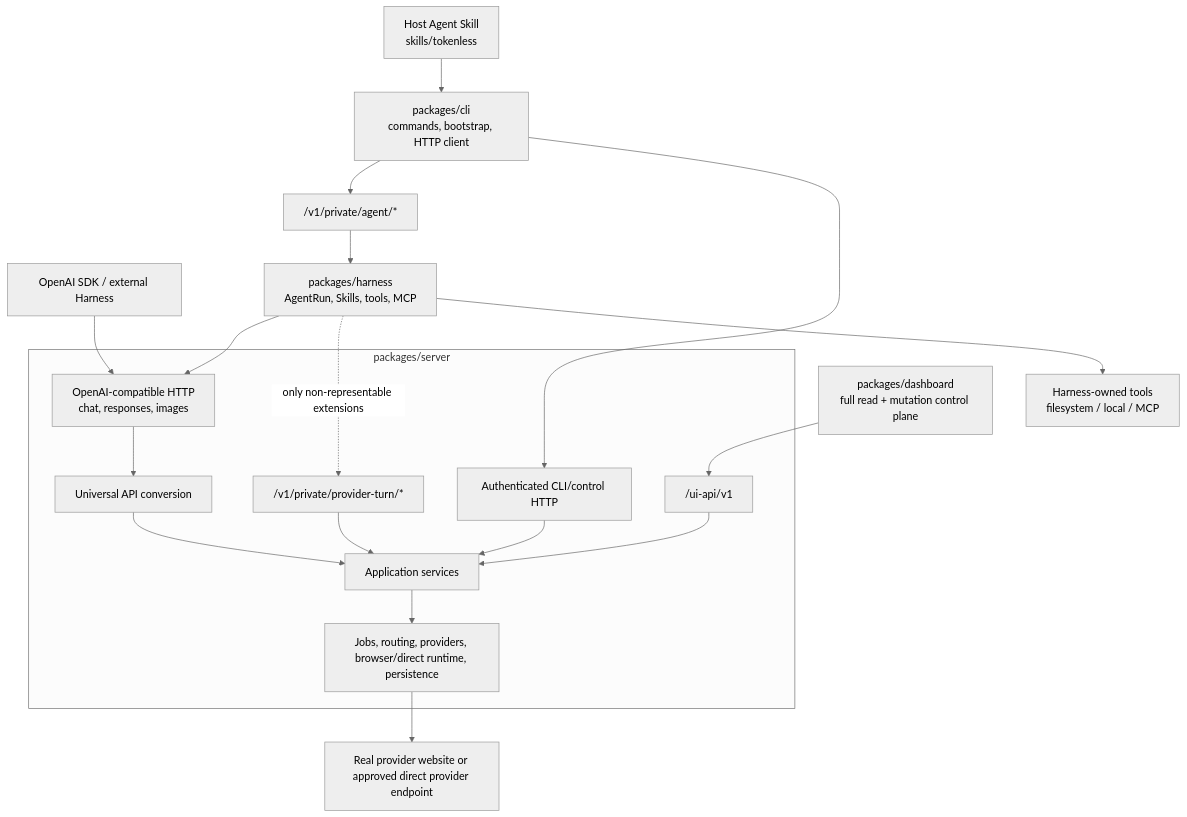
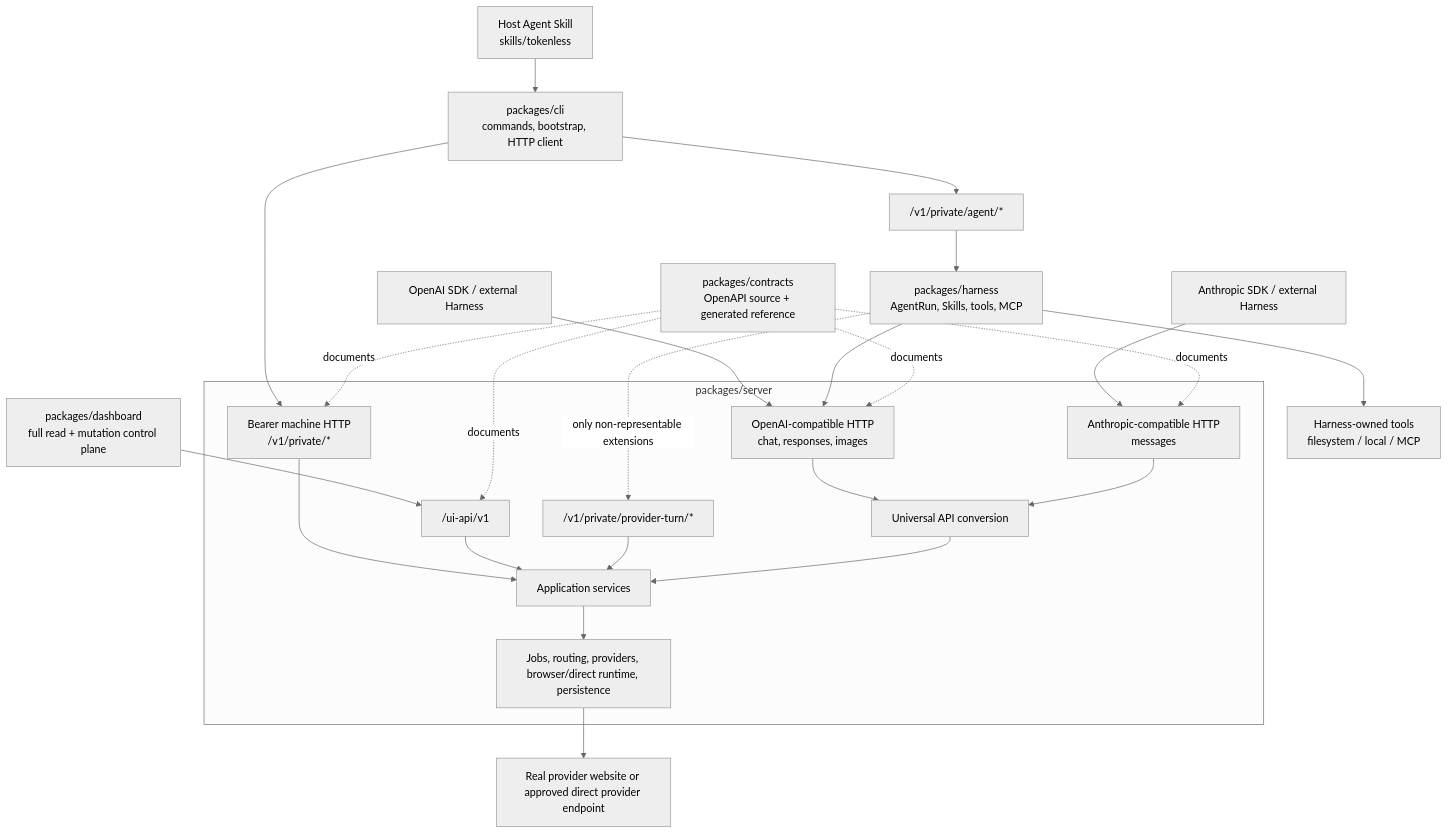
One commit to jazelly/tokenless changed the diagram in docs/architecture.md. Above: the diagram before and after it, drawn with Mermaid (neutral theme). The commit also changed other lines of this file and 75 other files, not shown here.

Commit message:
refactor(api): isolate contracts and private machine routes

````diff
--- a/docs/architecture.md
+++ b/docs/architecture.md
@@ -11,26 +11,33 @@
 ```mermaid
 flowchart TB
   Skill["Host Agent Skill<br/>skills/tokenless"] --> CLI
   CLI["packages/cli<br/>commands, bootstrap, HTTP client"] --> AgentAPI["/v1/private/agent/*"]
-  CLI --> Control["Authenticated CLI/control HTTP"]
+  CLI --> Control["Bearer machine HTTP<br/>/v1/private/*"]
   Dashboard["packages/dashboard<br/>full read + mutation control plane"] --> UIAPI["/ui-api/v1"]
-  External["OpenAI SDK / external Harness"] --> API["OpenAI-compatible HTTP<br/>chat, responses, images"]
+  OpenAIClient["OpenAI SDK / external Harness"] --> API["OpenAI-compatible HTTP<br/>chat, responses, images"]
+  AnthropicClient["Anthropic SDK / external Harness"] --> Anthropic["Anthropic-compatible HTTP<br/>messages"]
   AgentAPI --> Harness["packages/harness<br/>AgentRun, Skills, tools, MCP"]
   Harness --> API
   Harness -. "only non-representable extensions" .-> PrivateTurn["/v1/private/provider-turn/*"]
 
   subgraph Server["packages/server"]
     Control --> Application["Application services"]
     UIAPI --> Application
     API --> Universal["Universal API conversion"]
+    Anthropic --> Universal
     PrivateTurn --> Application
     Universal --> Application
     Application --> Provider["Jobs, routing, providers, browser/direct runtime, persistence"]
   end
 
   Browser["Real provider website or approved direct provider endpoint"]
   Tools["Harness-owned tools<br/>filesystem / local / MCP"]
 
   Harness --> Tools
   Provider --> Browser
+
+  Contracts["packages/contracts<br/>OpenAPI source + generated reference"] -. "documents" .-> API
+  Contracts -. "documents" .-> Anthropic
+  Contracts -. "documents" .-> Control
+  Contracts -. "documents" .-> UIAPI
 ```
````
